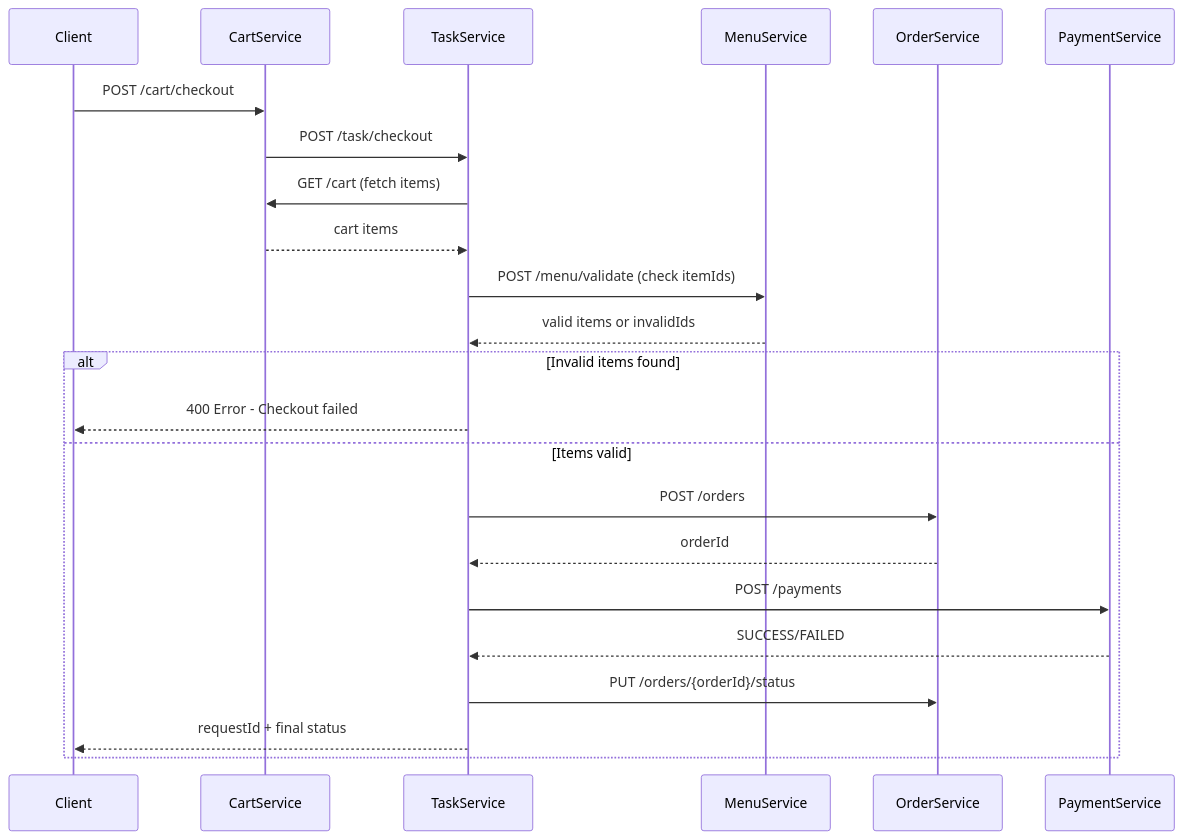
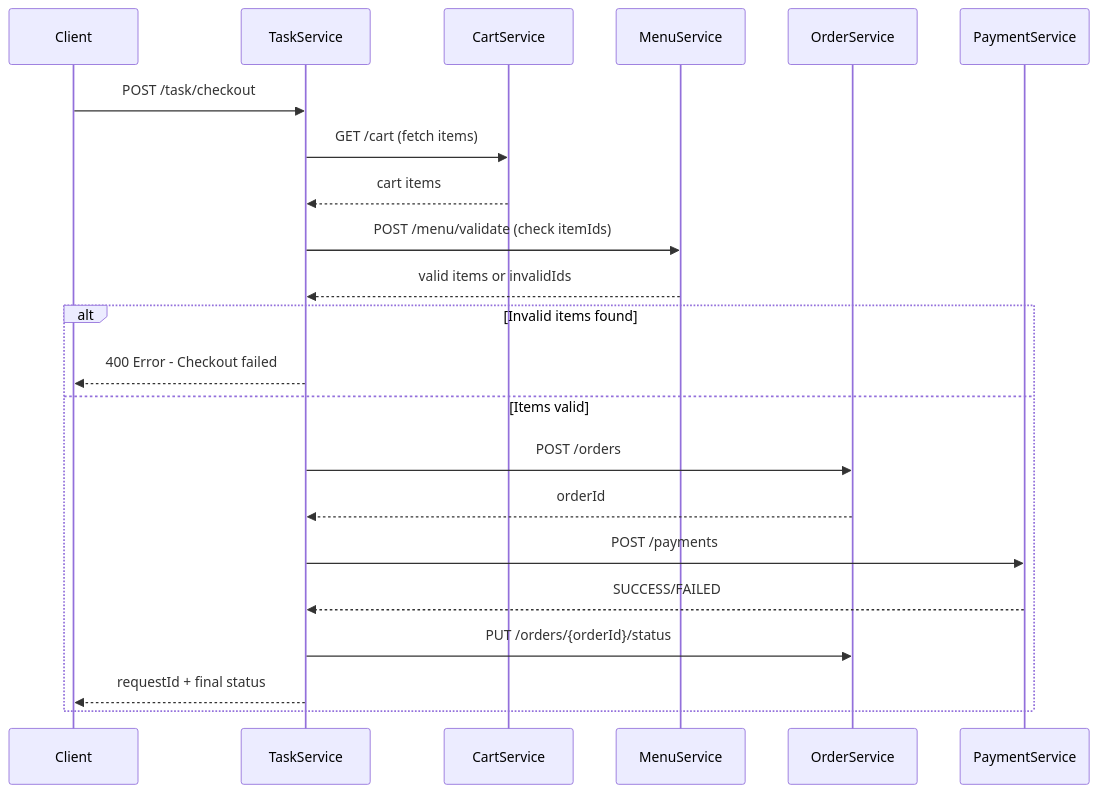
The first of 6 diagrams in docs/analysis-and-design.md (Dung1409/mid---proj), drawn with Mermaid before and after one commit. The commit also changed other lines of this file and 9 other files, not shown here.

Commit message:
Update docs and cart service changes

````diff
--- a/docs/analysis-and-design.md
+++ b/docs/analysis-and-design.md
@@ -145,26 +143,25 @@
 ```mermaid
 sequenceDiagram
     participant Client
+    participant TaskService
     participant CartService
-    participant TaskService
     participant MenuService
     participant OrderService
     participant PaymentService
 
-    Client->>CartService: POST /cart/checkout
-    CartService->>TaskService: POST /task/checkout
+    Client->>TaskService: POST /task/checkout
     TaskService->>CartService: GET /cart (fetch items)
     CartService-->>TaskService: cart items
     TaskService->>MenuService: POST /menu/validate (check itemIds)
     MenuService-->>TaskService: valid items or invalidIds
     alt Invalid items found
         TaskService-->>Client: 400 Error - Checkout failed
     else Items valid
         TaskService->>OrderService: POST /orders
         OrderService-->>TaskService: orderId
         TaskService->>PaymentService: POST /payments
         PaymentService-->>TaskService: SUCCESS/FAILED
         TaskService->>OrderService: PUT /orders/{orderId}/status
         TaskService-->>Client: requestId + final status
     end
 ```
````
